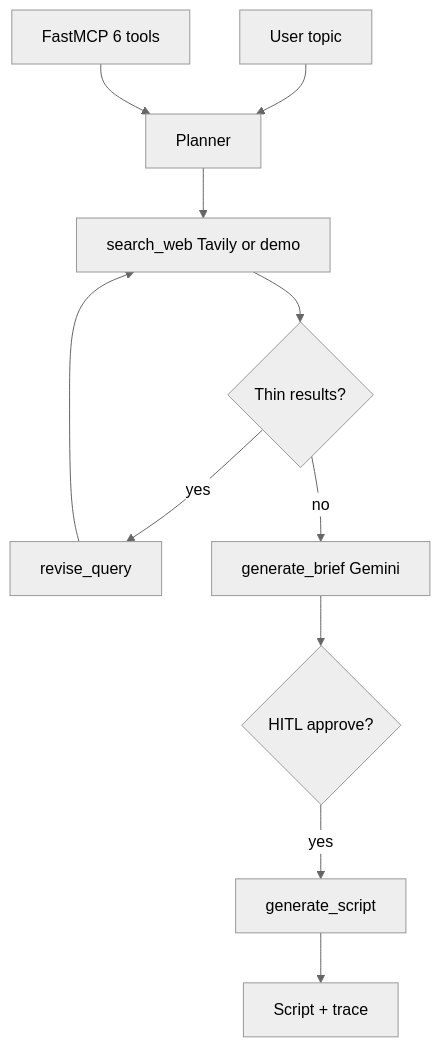
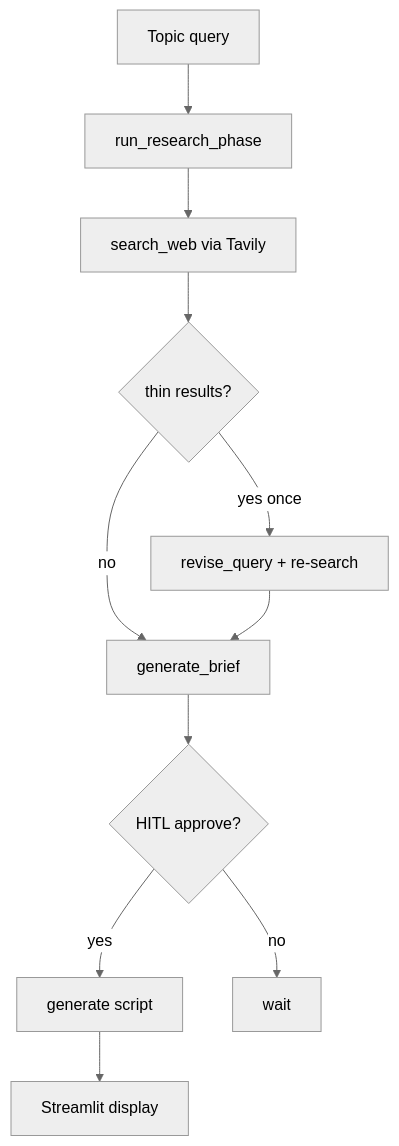
The first of 3 diagrams in README.md (ArchanaChetan07/StoryForge-Agent), drawn with Mermaid (neutral theme) before and after one commit. The commit also changed other lines of this file, not shown here.

Commit message:
docs: FAANG-ready professional README with diagrams and verified metrics

````diff
--- a/README.md
+++ b/README.md
@@ -30,13 +28,13 @@
 ```mermaid
 flowchart TB
-    Q[User topic] --> P[Planner]
-    P --> SW[search_web Tavily or demo]
-    SW --> OBS{Thin results?}
-    OBS -->|yes| RV[revise_query]
-    RV --> SW
-    OBS -->|no| BR[generate_brief Gemini]
-    BR --> HITL{HITL approve?}
-    HITL -->|yes| SC[generate_script]
-    SC --> OUT[Script + trace]
-    MCP[FastMCP 6 tools] --> P
+  Q[Topic query] --> R[run_research_phase]
+  R --> S[search_web via Tavily]
+  S --> V{thin results?}
+  V -->|yes once| RV[revise_query + re-search]
+  V -->|no| B[generate_brief]
+  RV --> B
+  B --> H{HITL approve?}
+  H -->|yes| SC[generate script]
+  H -->|no| WAIT[wait]
+  SC --> UI[Streamlit display]
 ```
````
